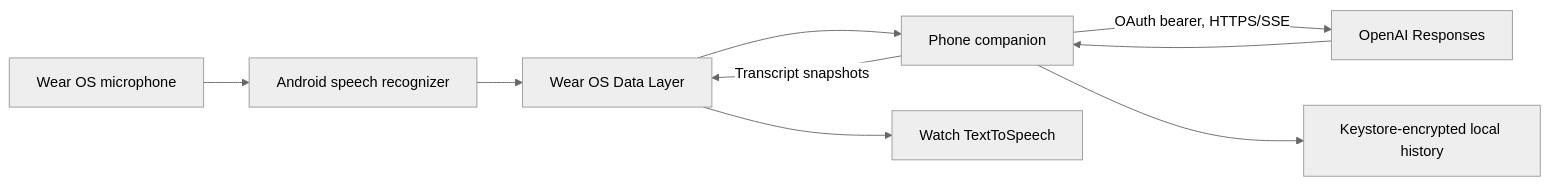
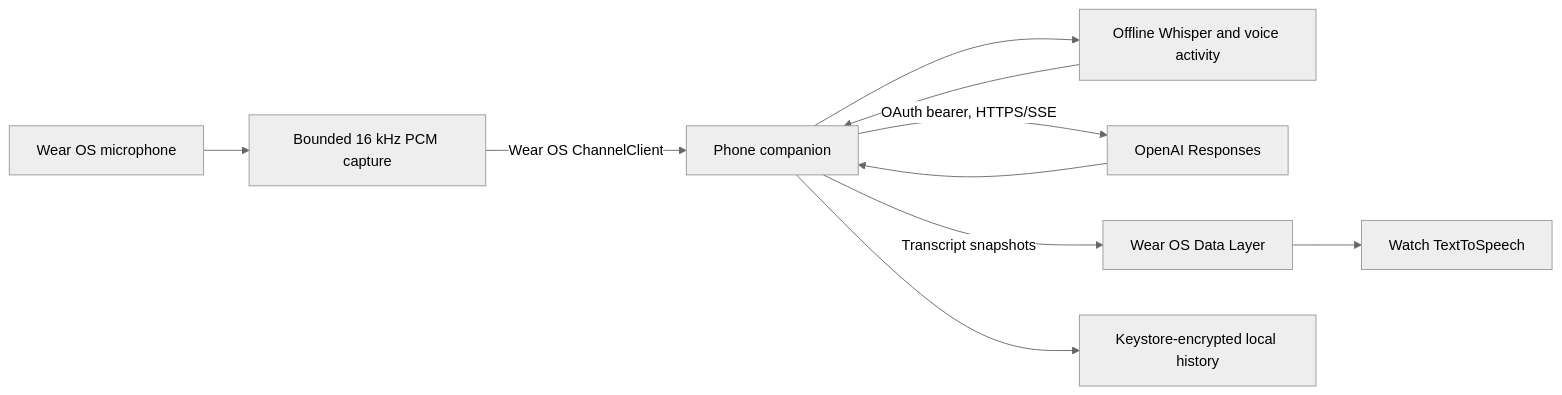
One commit to guberm/orbit-voice changed the diagram in README.md. Above: the diagram before and after it, drawn with Mermaid (neutral theme). The commit also changed other lines of this file and 49 other files, not shown here.

First line of the commit message:
Recognize speech offline with a bundled multilingual Whisper model

````diff
--- a/README.md
+++ b/README.md
@@ -107,11 +121,12 @@
 ```mermaid
 flowchart LR
-    A[Wear OS microphone] --> B[Android speech recognizer]
-    B --> C[Wear OS Data Layer]
-    C --> D[Phone companion]
+    A[Wear OS microphone] --> B[Bounded 16 kHz PCM capture]
+    B -->|Wear OS ChannelClient| D[Phone companion]
+    D --> R[Offline Whisper and voice activity]
+    R --> D
     D -->|OAuth bearer, HTTPS/SSE| E[OpenAI Responses]
     E --> D
-    D -->|Transcript snapshots| C
+    D -->|Transcript snapshots| C[Wear OS Data Layer]
     C --> F[Watch TextToSpeech]
     D --> G[Keystore-encrypted local history]
 ```
````
